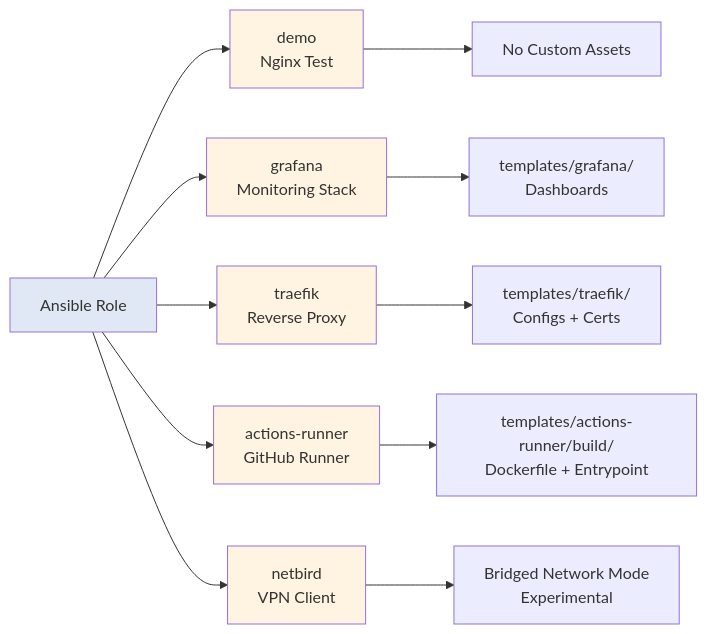
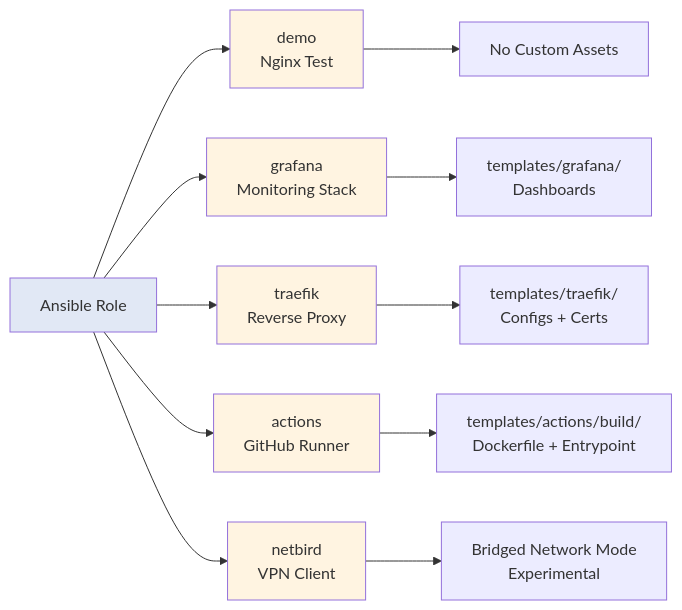
The fourth of 5 diagrams in docs/architecture.md (cloudnonsense-com/ansible-role-compose-stack), drawn with Mermaid before and after one commit. The commit also changed other lines of this file and 36 other files, not shown here.

````diff
--- a/docs/architecture.md
+++ b/docs/architecture.md
@@ -141,25 +141,25 @@
 ```mermaid
 graph LR
     Role[Ansible Role] --> Demo[demo<br/>Nginx Test]
     Role --> Grafana[grafana<br/>Monitoring Stack]
     Role --> Traefik[traefik<br/>Reverse Proxy]
-    Role --> Runner[actions-runner<br/>GitHub Runner]
+    Role --> Runner[actions<br/>GitHub Runner]
     Role --> Netbird[netbird<br/>VPN Client]
 
     Demo --> DemoAssets[No Custom Assets]
 
     Grafana --> GrafanaAssets[templates/grafana/<br/>Dashboards]
 
     Traefik --> TraefikAssets[templates/traefik/<br/>Configs + Certs]
 
-    Runner --> RunnerAssets[templates/actions-runner/build/<br/>Dockerfile + Entrypoint]
+    Runner --> RunnerAssets[templates/actions/build/<br/>Dockerfile + Entrypoint]
 
     Netbird --> NetbirdAssets[Bridged Network Mode<br/>Experimental]
 
     style Role fill:#e1e8f5
     style Demo fill:#fff4e1
     style Grafana fill:#fff4e1
     style Traefik fill:#fff4e1
     style Runner fill:#fff4e1
     style Netbird fill:#fff4e1
 ```
````
